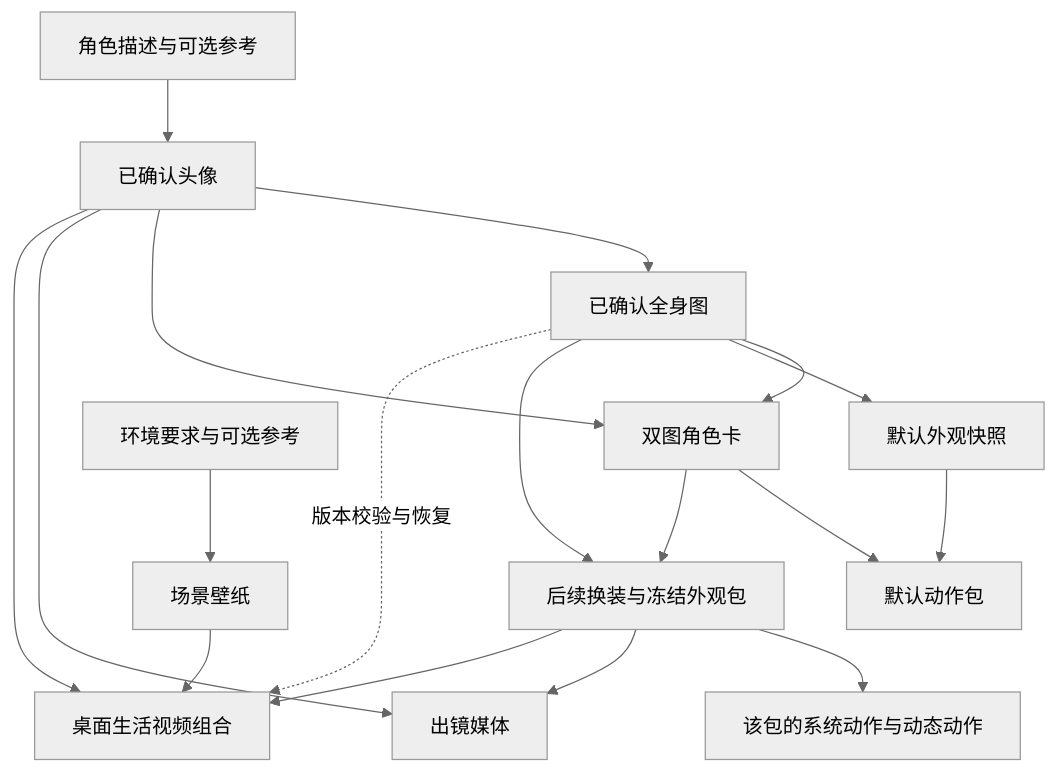
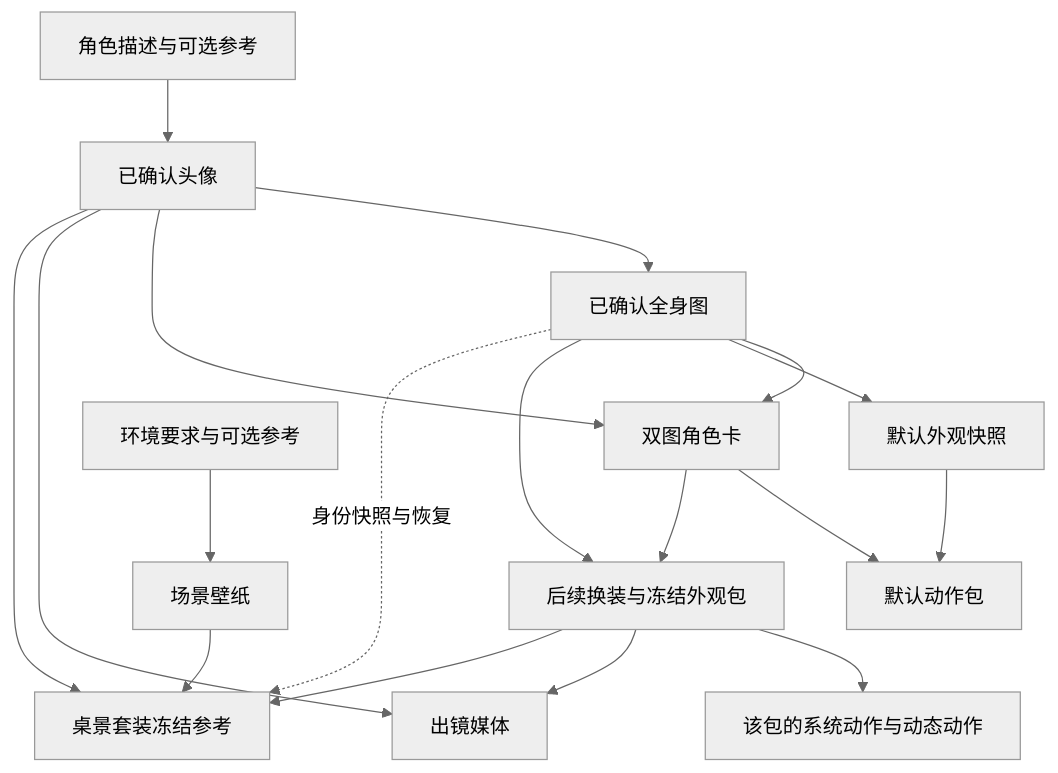
The first of 2 diagrams in docs/PIPELINE.md (yangjinming1062/SpiritAgent), drawn with Mermaid (neutral theme) before and after one commit. The commit also changed other lines of this file and 62 other files, not shown here.

````diff
--- a/docs/PIPELINE.md
+++ b/docs/PIPELINE.md
@@ -7,20 +7,20 @@
 ```mermaid
 flowchart TD
     Input[角色描述与可选参考] --> Avatar[已确认头像]
     Avatar --> Full[已确认全身图]
     Avatar --> Card[双图角色卡]
     Full --> Card
     Full --> Default[默认外观快照]
     Card --> Video[默认动作包]
     Default --> Video
     Full --> Outfit[后续换装与冻结外观包]
     Card --> Outfit
     Outfit --> Action[该包的系统动作与动态动作]
     Avatar --> SelfMedia[出镜媒体]
     Outfit --> SelfMedia
     Environment[环境要求与可选参考] --> Scene[场景壁纸]
-    Avatar --> Desktop[桌面生活视频组合]
+    Avatar --> Desktop[桌景套装冻结参考]
     Outfit --> Desktop
-    Full -.版本校验与恢复.-> Desktop
+    Full -.身份快照与恢复.-> Desktop
     Scene --> Desktop
 ```
````
